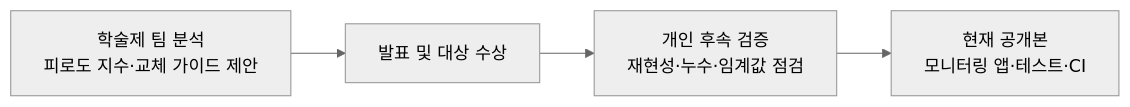
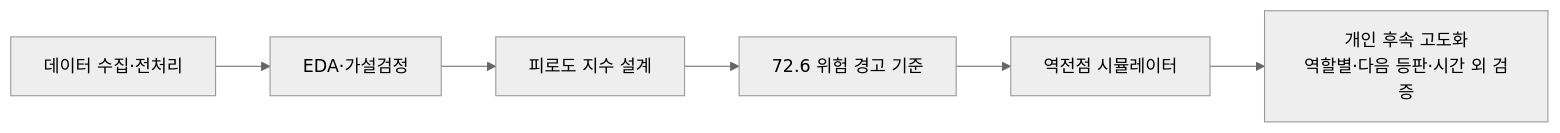
The diagram in README.md (jinwon25/KBO-pitcher-fatigue), drawn with Mermaid (neutral theme) before and after one commit. The commit also changed other lines of this file and 18 other files, not shown here.

````diff
--- a/README.md
+++ b/README.md
@@ -9,6 +9,8 @@
 ```mermaid
 flowchart LR
-    A[학술제 팀 분석<br/>피로도 지수·교체 가이드 제안] --> B[발표 및 대상 수상]
-    B --> C[개인 후속 검증<br/>재현성·누수·임계값 점검]
-    C --> D[현재 공개본<br/>모니터링 앱·테스트·CI]
+    A[데이터 수집·전처리] --> B[EDA·가설검정]
+    B --> C[피로도 지수 설계]
+    C --> D[72.6 위험 경고 기준]
+    D --> E[역전점 시뮬레이터]
+    E --> F[개인 후속 고도화<br/>역할별·다음 등판·시간 외 검증]
 ```
````
